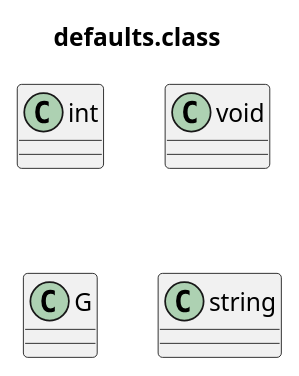
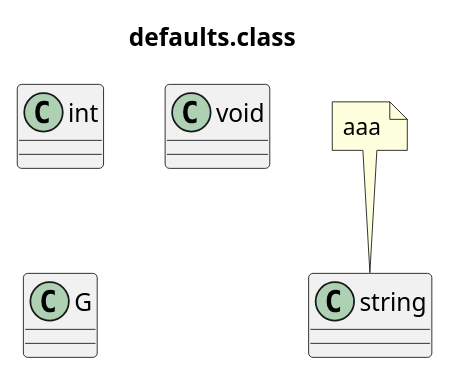
One commit to AnQueth/PlantUMLEditor changed the diagram in testdocs/defaults.class.puml. Above: the diagram before and after it, drawn with PlantUML. The commit also changed 6 other files, not shown here.

```diff
--- a/testdocs/defaults.class.puml
+++ b/testdocs/defaults.class.puml
@@ -1,11 +1,20 @@
 @startuml
 title defaults.class
 class int {
 }
 class void {
 }
 class G {
 }
 class string {
 }
+note top of string
+aaa
+end note
+
+
+'aaaa fgggg
+ 
+
+
 @enduml
```
